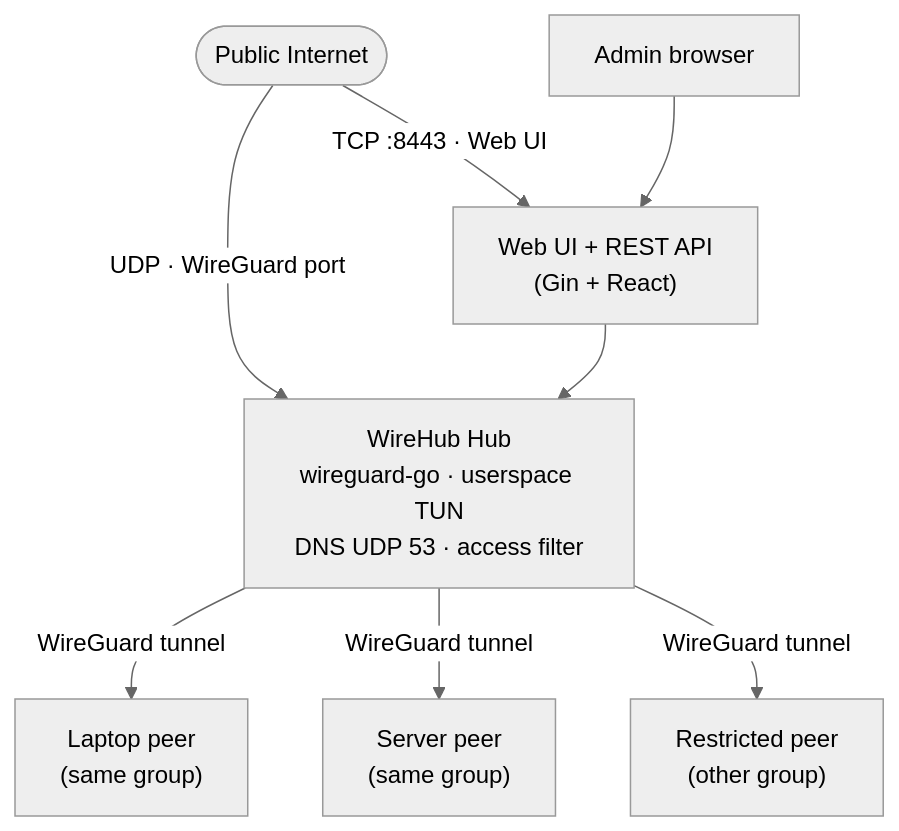
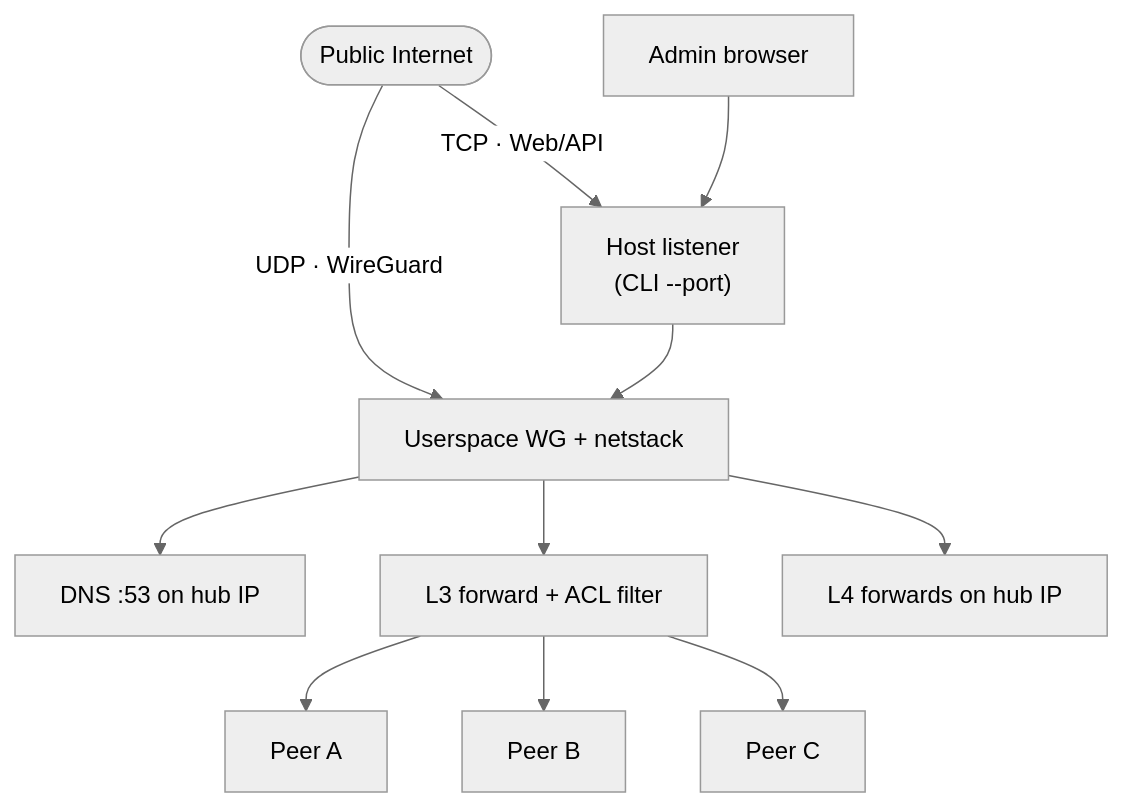
The diagram in README.md (touken928/WireHub), drawn with Mermaid (neutral theme) before and after one commit. The commit also changed other lines of this file and 5 other files, not shown here.

````diff
--- a/README.md
+++ b/README.md
@@ -36,16 +37,18 @@
 ```mermaid
 flowchart TB
   net([Public Internet])
 
-  net -->|TCP :8443 · Web UI| web["Web UI + REST API<br/>(Gin + React)"]
-  net -->|UDP · WireGuard port| hub
+  net -->|TCP · Web/API| host["Host listener<br/>(CLI --port)"]
+  net -->|UDP · WireGuard| wg["Userspace WG + netstack"]
 
-  admin[Admin browser] --> web
-  web --> hub
+  admin[Admin browser] --> host
+  host --> wg
 
-  hub["WireHub Hub<br/>wireguard-go · userspace TUN<br/>DNS UDP 53 · access filter"]
+  wg --> dns["DNS :53 on hub IP"]
+  wg --> filter["L3 forward + ACL filter"]
+  wg --> fwd["L4 forwards on hub IP"]
 
-  hub -->|WireGuard tunnel| p1["Laptop peer<br/>(same group)"]
-  hub -->|WireGuard tunnel| p2["Server peer<br/>(same group)"]
-  hub -->|WireGuard tunnel| p3["Restricted peer<br/>(other group)"]
+  filter --> p1[Peer A]
+  filter --> p2[Peer B]
+  filter --> p3[Peer C]
 ```
````
